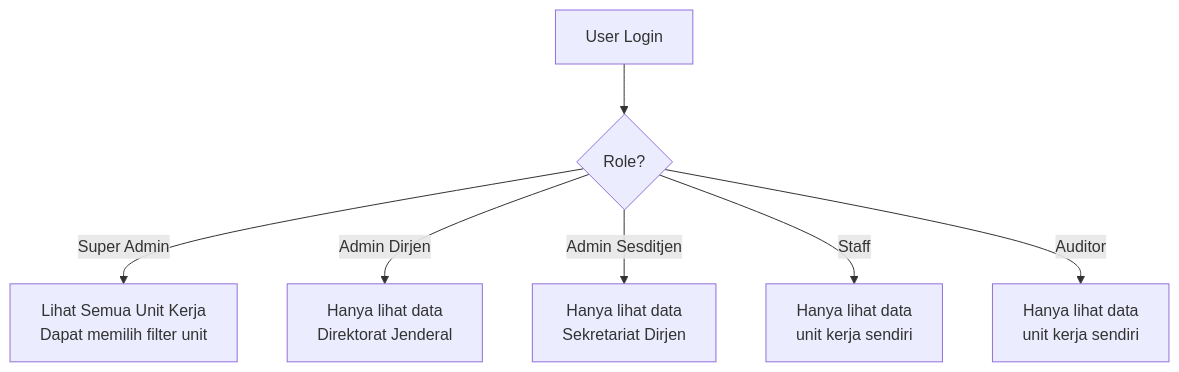
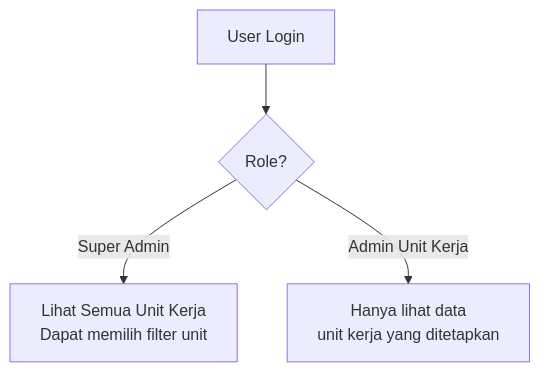
The seventh of 9 diagrams in PANDUAN_PENGGUNAAN_SIMSA.md (bayilaras/simsa-atrbpn), drawn with Mermaid before and after one commit. The commit also changed other lines of this file, not shown here.

````diff
--- a/PANDUAN_PENGGUNAAN_SIMSA.md
+++ b/PANDUAN_PENGGUNAAN_SIMSA.md
@@ -874,9 +877,6 @@
 ```mermaid
 flowchart TD
     A[User Login] --> B{Role?}
     B -->|Super Admin| C[Lihat Semua Unit Kerja\nDapat memilih filter unit]
-    B -->|Admin Dirjen| D[Hanya lihat data\nDirektorat Jenderal]
-    B -->|Admin Sesditjen| E[Hanya lihat data\nSekretariat Dirjen]
-    B -->|Staff| F[Hanya lihat data\nunit kerja sendiri]
-    B -->|Auditor| G[Hanya lihat data\nunit kerja sendiri]
+    B -->|Admin Unit Kerja| D[Hanya lihat data\nunit kerja yang ditetapkan]
 ```
````
